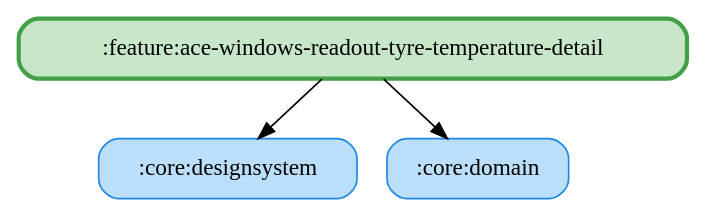
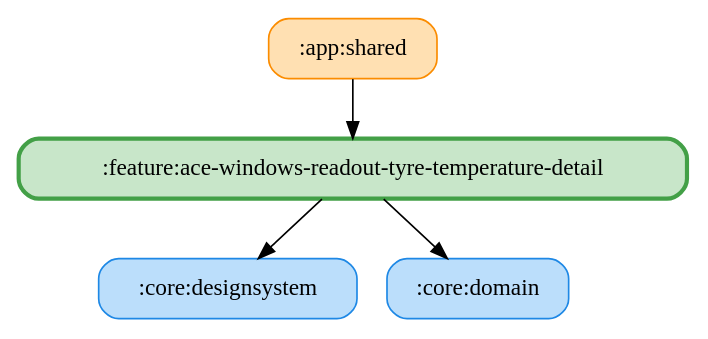
The diagram in docs/graphs/feature-ace-windows-readout-tyre-temperature-detail.gv (ai-kurou/KoDriver), drawn with Graphviz before and after one commit. The commit also changed 3 other files, not shown here.

Commit message:
chore: update module graph images

```diff
--- a/docs/graphs/feature-ace-windows-readout-tyre-temperature-detail.gv
+++ b/docs/graphs/feature-ace-windows-readout-tyre-temperature-detail.gv
@@ -1,9 +1,11 @@
 digraph G {
   rankdir=TB
   node [shape=box, style="rounded,filled"]
+  ":app:shared" [fillcolor="#FFE0B2", color="#FB8C00", penwidth=1]
   ":core:designsystem" [fillcolor="#BBDEFB", color="#1E88E5", penwidth=1]
   ":core:domain" [fillcolor="#BBDEFB", color="#1E88E5", penwidth=1]
   ":feature:ace-windows-readout-tyre-temperature-detail" [fillcolor="#C8E6C9", color="#43A047", penwidth=2.5]
+  ":app:shared" -> ":feature:ace-windows-readout-tyre-temperature-detail"
   ":feature:ace-windows-readout-tyre-temperature-detail" -> ":core:domain"
   ":feature:ace-windows-readout-tyre-temperature-detail" -> ":core:designsystem"
 }
```
